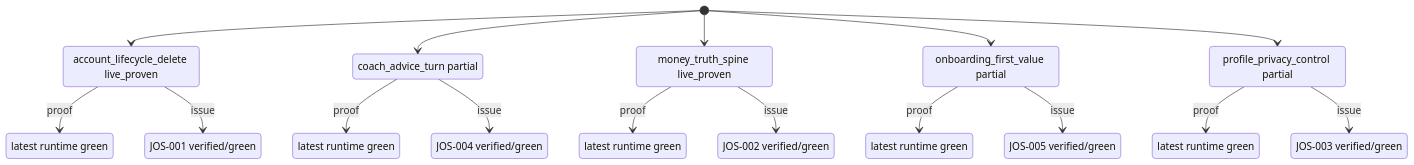
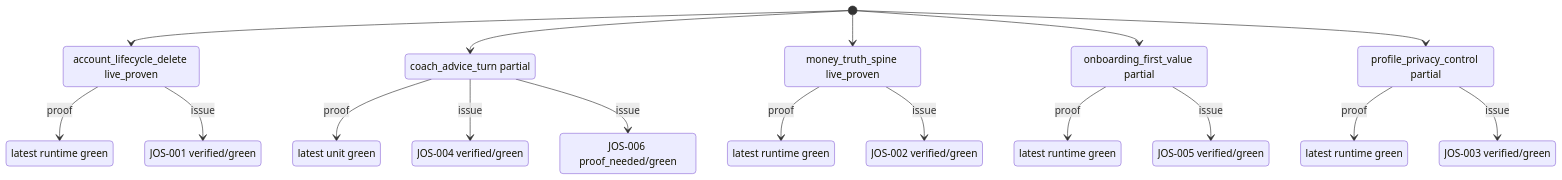
Before and after one commit to MINT-IA/MINT: the diagram in .planning/journeys/diagrams/journey_state.mmd, drawn with Mermaid. The commit also changed 10 other files, not shown here.

First line of the commit message:
docs(planning): journey OS — évidence campagne étalon fiscal + JOS-006 en file — réconciliation 2026-07-29

```diff
--- a/.planning/journeys/diagrams/journey_state.mmd
+++ b/.planning/journeys/diagrams/journey_state.mmd
@@ -1,32 +1,34 @@
 %% Generated Journey OS state ledger
 stateDiagram-v2
   state "account_lifecycle_delete live_proven" as journey_account_lifecycle_delete
   state "latest runtime green" as evidence_account_lifecycle_delete
   [*] --> journey_account_lifecycle_delete
   journey_account_lifecycle_delete --> evidence_account_lifecycle_delete: proof
   state "JOS-001 verified/green" as issue_JOS_001
   journey_account_lifecycle_delete --> issue_JOS_001: issue
   state "coach_advice_turn partial" as journey_coach_advice_turn
-  state "latest runtime green" as evidence_coach_advice_turn
+  state "latest unit green" as evidence_coach_advice_turn
   [*] --> journey_coach_advice_turn
   journey_coach_advice_turn --> evidence_coach_advice_turn: proof
   state "JOS-004 verified/green" as issue_JOS_004
   journey_coach_advice_turn --> issue_JOS_004: issue
+  state "JOS-006 proof_needed/green" as issue_JOS_006
+  journey_coach_advice_turn --> issue_JOS_006: issue
   state "money_truth_spine live_proven" as journey_money_truth_spine
   state "latest runtime green" as evidence_money_truth_spine
   [*] --> journey_money_truth_spine
   journey_money_truth_spine --> evidence_money_truth_spine: proof
   state "JOS-002 verified/green" as issue_JOS_002
   journey_money_truth_spine --> issue_JOS_002: issue
   state "onboarding_first_value partial" as journey_onboarding_first_value
   state "latest runtime green" as evidence_onboarding_first_value
   [*] --> journey_onboarding_first_value
   journey_onboarding_first_value --> evidence_onboarding_first_value: proof
   state "JOS-005 verified/green" as issue_JOS_005
   journey_onboarding_first_value --> issue_JOS_005: issue
   state "profile_privacy_control partial" as journey_profile_privacy_control
   state "latest runtime green" as evidence_profile_privacy_control
   [*] --> journey_profile_privacy_control
   journey_profile_privacy_control --> evidence_profile_privacy_control: proof
   state "JOS-003 verified/green" as issue_JOS_003
   journey_profile_privacy_control --> issue_JOS_003: issue
```
